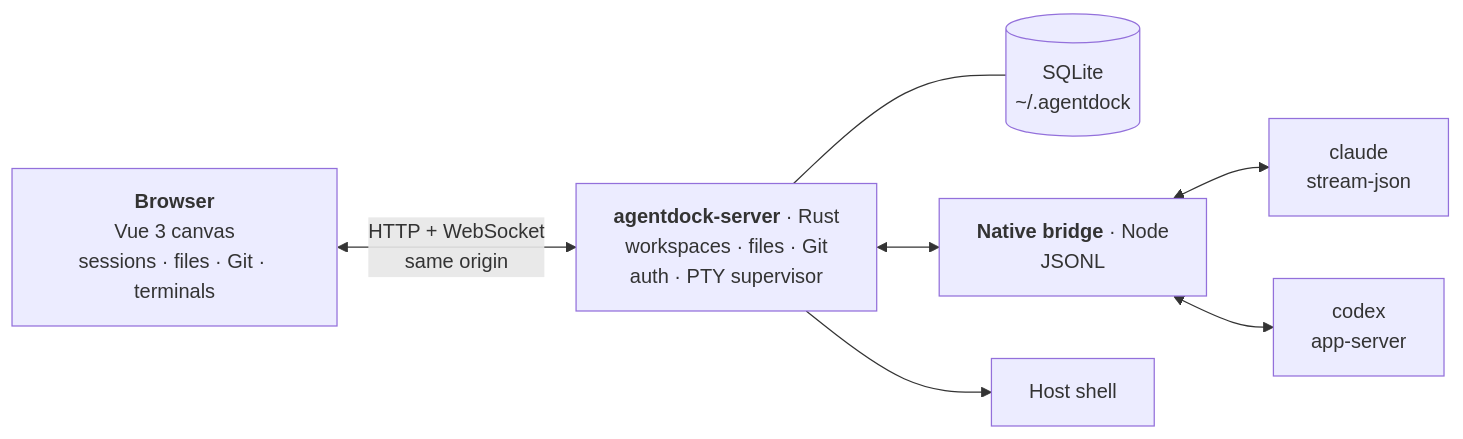
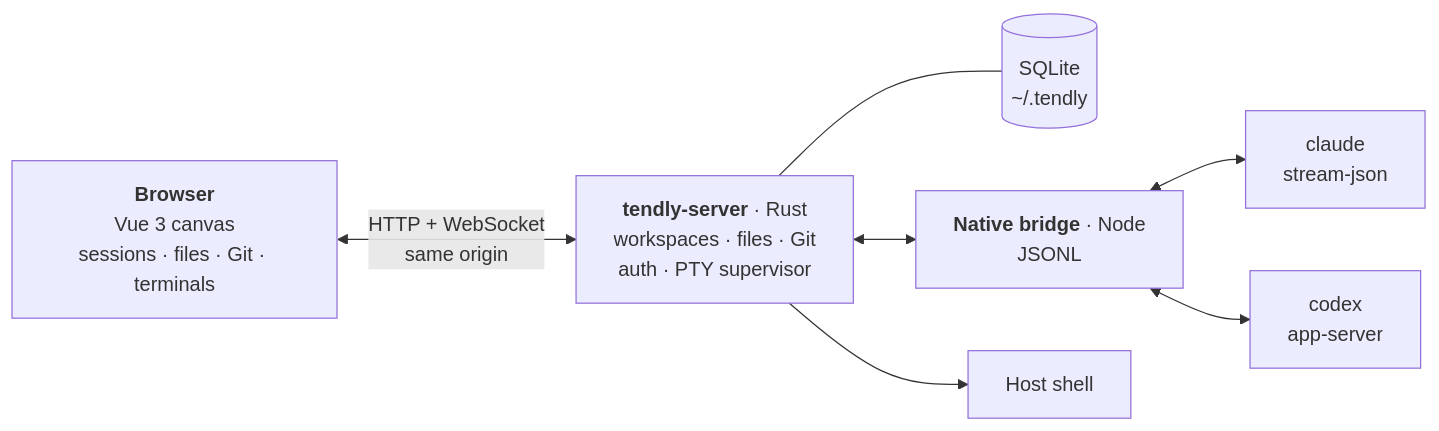
The diagram in README.md (airen3339/tendly), drawn with Mermaid before and after one commit. The commit also changed other lines of this file and 131 other files, not shown here.

````diff
--- a/README.md
+++ b/README.md
@@ -147,17 +157,17 @@
 ```mermaid
 flowchart LR
   browser["<b>Browser</b><br/>Vue 3 canvas<br/>sessions · files · Git · terminals"]
-  server["<b>agentdock-server</b> · Rust<br/>workspaces · files · Git<br/>auth · PTY supervisor"]
-  db[("SQLite<br/>~/.agentdock")]
+  server["<b>tendly-server</b> · Rust<br/>workspaces · files · Git<br/>auth · PTY supervisor"]
+  db[("SQLite<br/>~/.tendly")]
   bridge["<b>Native bridge</b> · Node<br/>JSONL"]
   claude["claude<br/>stream-json"]
   codex["codex<br/>app-server"]
   shell["Host shell"]
 
   browser <-- "HTTP + WebSocket<br/>same origin" --> server
   server --- db
   server --> shell
   server <--> bridge
   bridge <--> claude
   bridge <--> codex
 ```
````
